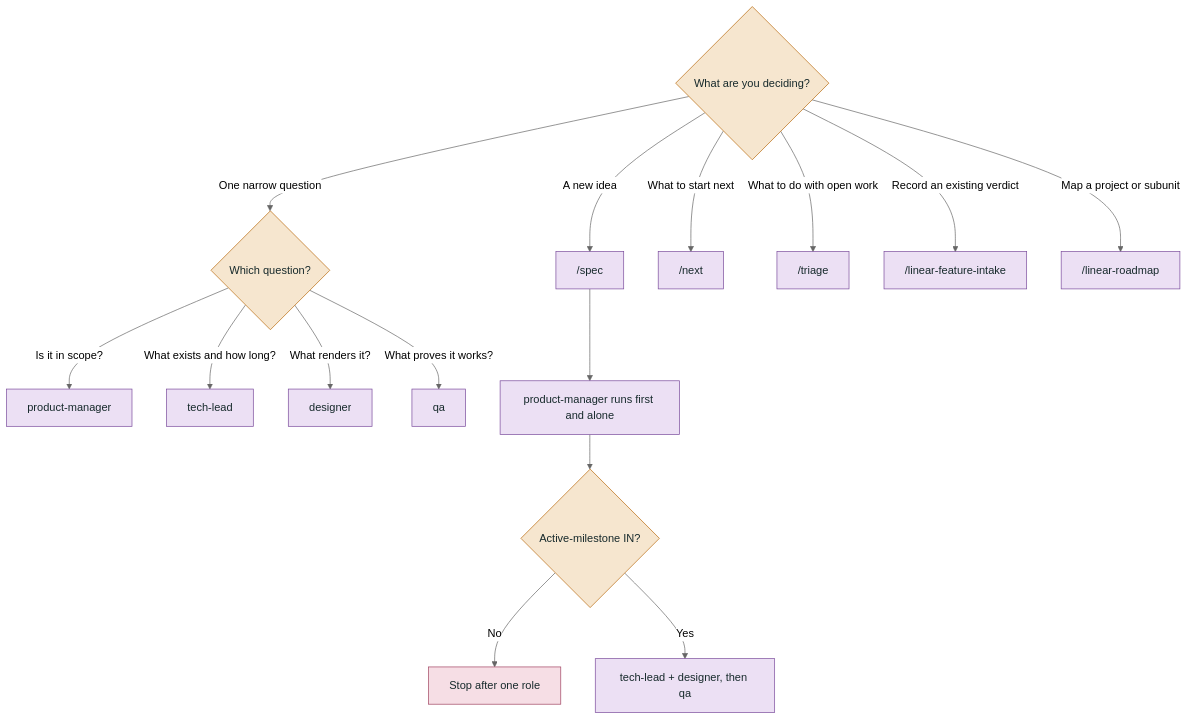
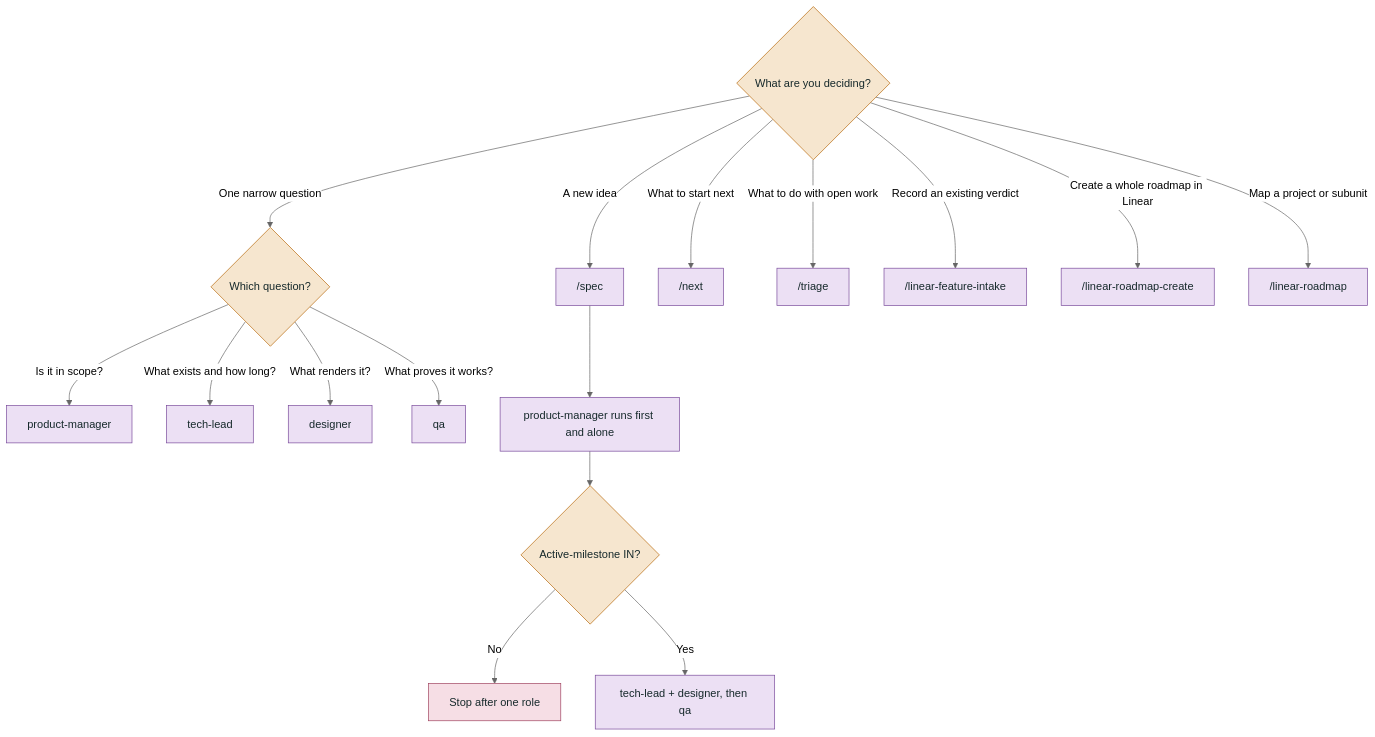
One commit to khalilouardini/kstack changed the fourth of 5 diagrams in docs/skill-map.md. Above: the diagram before and after it, drawn with Mermaid (neutral theme). The commit also changed other lines of this file and 15 other files, not shown here.

Commit message:
feat: add Linear roadmap creation with evals

````diff
--- a/docs/skill-map.md
+++ b/docs/skill-map.md
@@ -162,27 +163,28 @@
 ```mermaid
 flowchart TD
     question{What are you deciding?}
     question -->|A new idea| spec["/spec"]
     question -->|One narrow question| one{Which question?}
     question -->|What to start next| next["/next"]
     question -->|What to do with open work| triage["/triage"]
     question -->|Record an existing verdict| intake["/linear-feature-intake"]
+    question -->|Create a whole roadmap in Linear| creator["/linear-roadmap-create"]
     question -->|Map a project or subunit| roadmap["/linear-roadmap"]
 
     one -->|Is it in scope?| pm[product-manager]
     one -->|What exists and how long?| tl[tech-lead]
     one -->|What renders it?| design[designer]
     one -->|What proves it works?| qa[qa]
 
     spec --> gate["product-manager runs first and alone"]
     gate --> verdict{Active-milestone IN?}
     verdict -- No --> rejected["Stop after one role"]
     verdict -- Yes --> fanout["tech-lead + designer, then qa"]
 
     classDef decision fill:#f6e6cf,stroke:#b8690c,color:#16292b
     classDef action fill:#ece0f4,stroke:#7a4b9c,color:#16292b
     classDef stopStyle fill:#f6dee5,stroke:#a04360,color:#16292b
     class question,one,verdict decision
-    class spec,next,triage,intake,roadmap,pm,tl,design,qa,gate,fanout action
+    class spec,next,triage,intake,creator,roadmap,pm,tl,design,qa,gate,fanout action
     class rejected stopStyle
 ```
````
